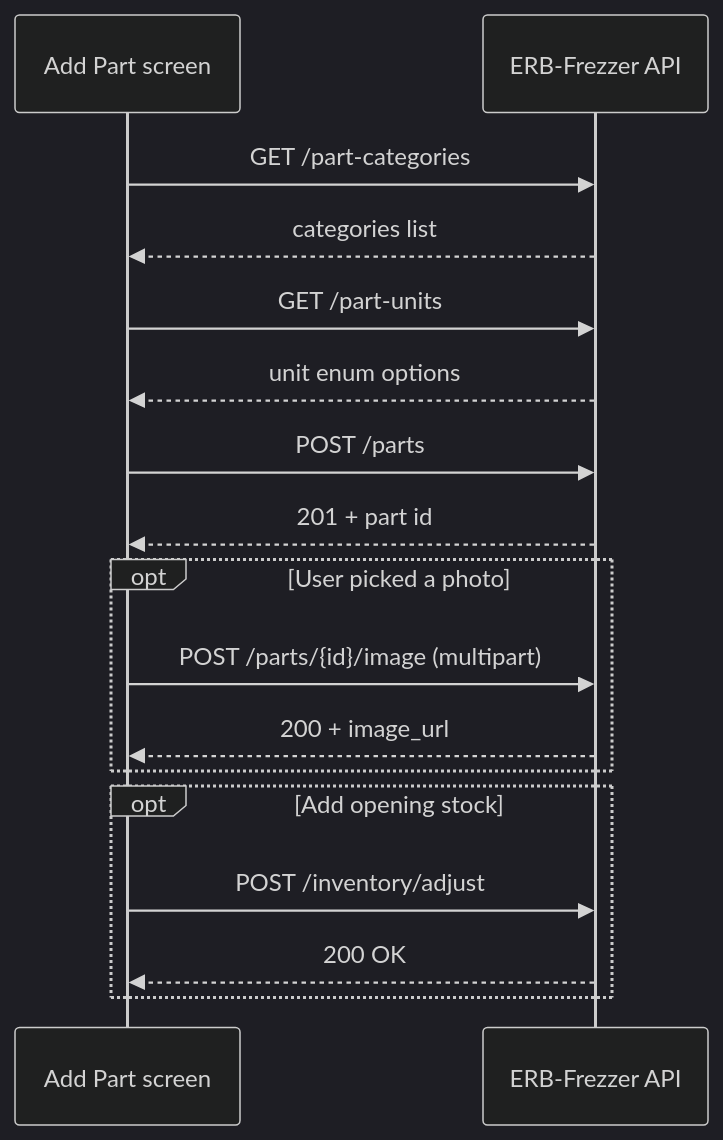
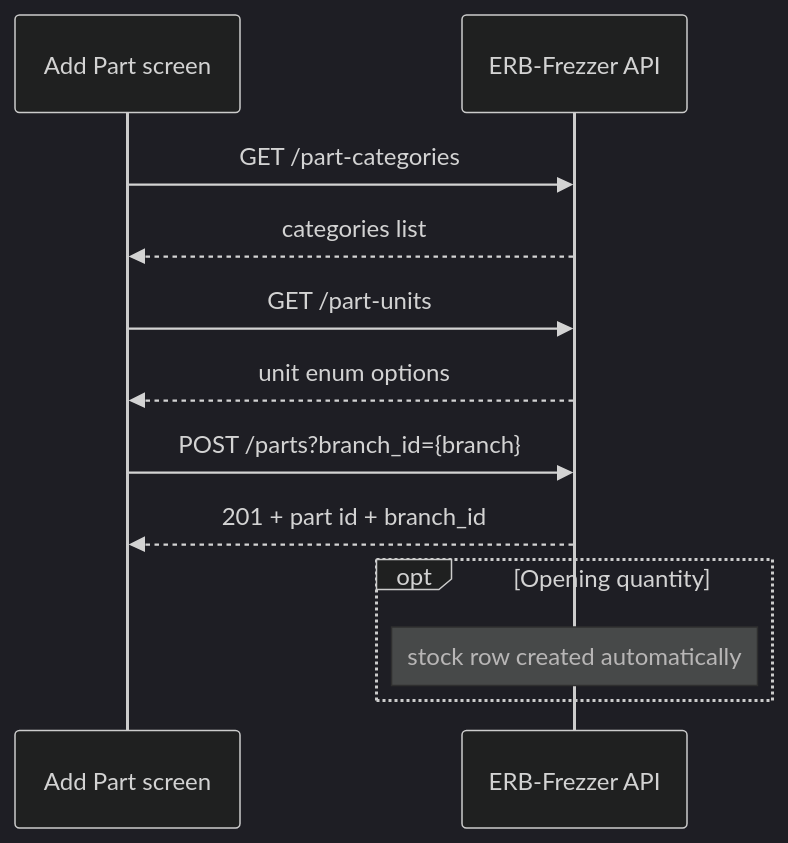
The diagram in docs/flutter-add-part.md (mody258963/ERB-Frezzer), drawn with Mermaid (dark theme) before and after one commit. The commit also changed other lines of this file and 25 other files, not shown here.

````diff
--- a/docs/flutter-add-part.md
+++ b/docs/flutter-add-part.md
@@ -11,20 +11,15 @@
 ```mermaid
 sequenceDiagram
   participant UI as Add Part screen
   participant API as ERB-Frezzer API
 
   UI->>API: GET /part-categories
   API-->>UI: categories list
   UI->>API: GET /part-units
   API-->>UI: unit enum options
-  UI->>API: POST /parts
-  API-->>UI: 201 + part id
-  opt User picked a photo
-    UI->>API: POST /parts/{id}/image (multipart)
-    API-->>UI: 200 + image_url
-  end
-  opt Add opening stock
-    UI->>API: POST /inventory/adjust
-    API-->>UI: 200 OK
+  UI->>API: POST /parts?branch_id={branch}
+  API-->>UI: 201 + part id + branch_id
+  opt Opening quantity
+    Note over API: stock row created automatically
   end
 ```
````
